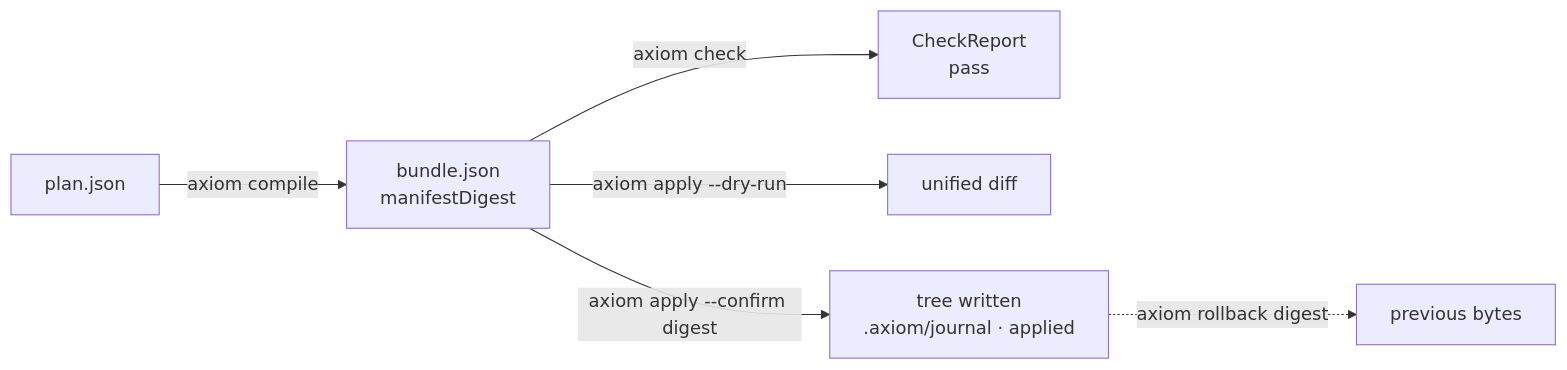
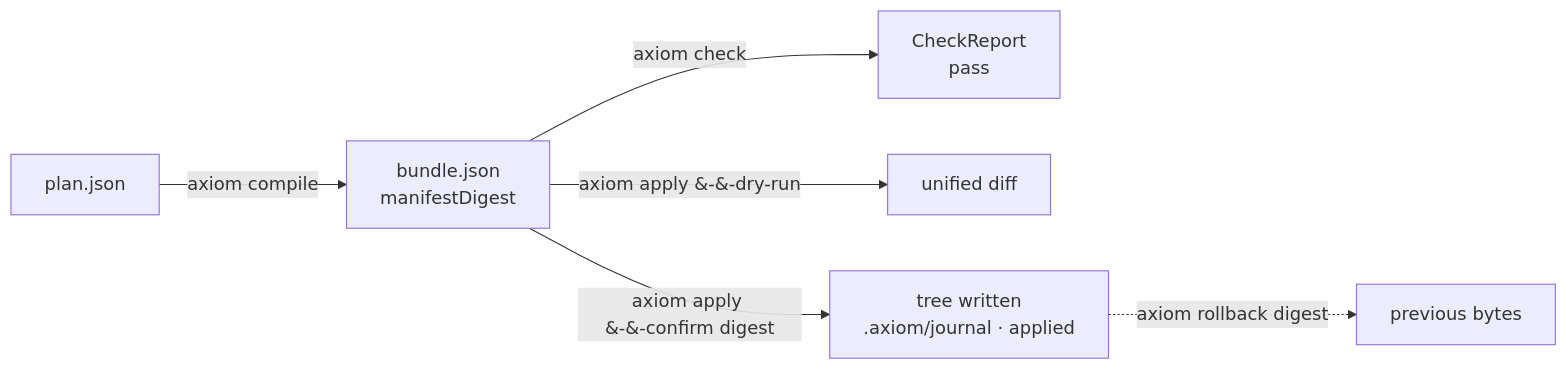
Before and after one commit to dragoscv/axiom: the diagram in docs/getting-started/quickstart.md, drawn with Mermaid. The commit also changed 13 other files, not shown here.

First line of the commit message:
fix(docs,site): mermaid 12 parse errors in 5 diagrams; add check-mermaid build guard; bump checkout/setup-node/upload-artifact (PR #7 minus pnpm/action-setup v6)

````diff
--- a/docs/getting-started/quickstart.md
+++ b/docs/getting-started/quickstart.md
@@ -8,8 +8,8 @@
 ```mermaid
 flowchart LR
   P[plan.json] -->|axiom compile| B[bundle.json<br/>manifestDigest]
   B -->|axiom check| R[CheckReport<br/>pass]
-  B -->|axiom apply --dry-run| D[unified diff]
-  B -->|axiom apply --confirm digest| T[tree written<br/>.axiom/journal · applied]
+  B -->|"axiom apply &#8209;&#8209;dry-run"| D[unified diff]
+  B -->|"axiom apply &#8209;&#8209;confirm digest"| T["tree written<br/>.axiom/journal · applied"]
   T -.->|axiom rollback digest| P0[previous bytes]
 ```
````
